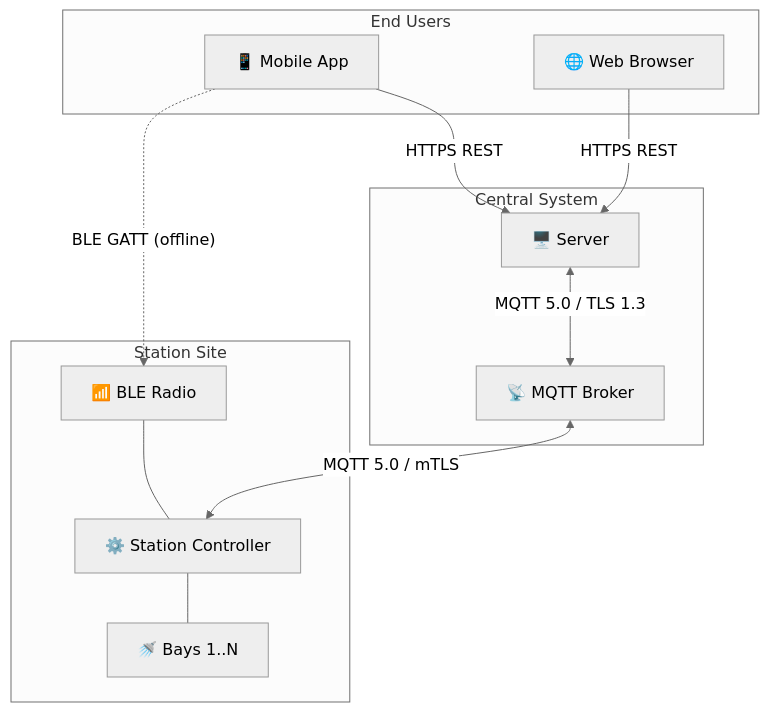
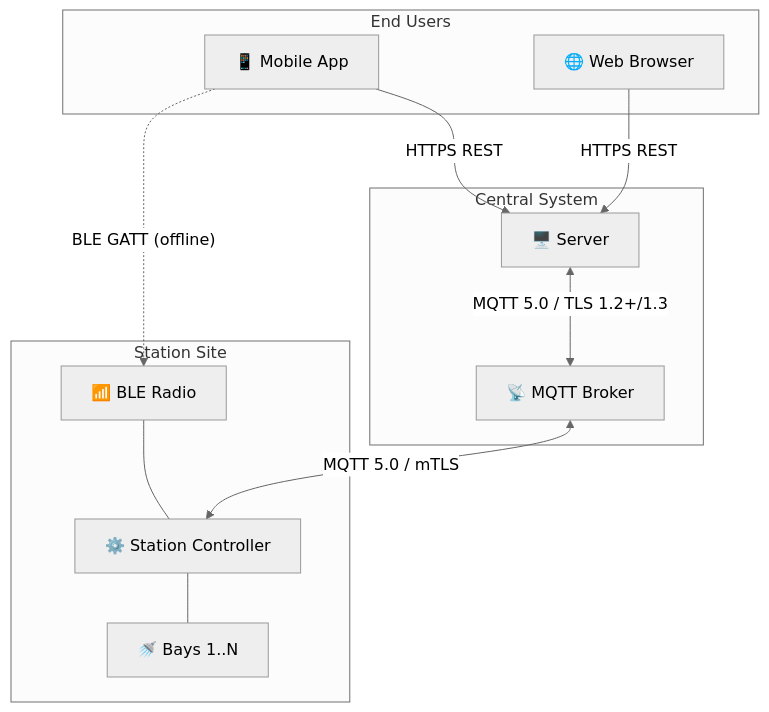
Before and after one commit to ospp-org/spec: the diagram in spec/00-introduction.md, drawn with Mermaid (neutral theme). The commit also changed other lines of this file and 18 other files, not shown here.

````diff
--- a/spec/00-introduction.md
+++ b/spec/00-introduction.md
@@ -27,26 +27,26 @@
 ```mermaid
 graph TB
     subgraph "End Users"
         APP["📱 Mobile App"]
         WEB["🌐 Web Browser"]
     end
 
     subgraph "Central System"
         SERVER["🖥️ Server"]
         BROKER["📡 MQTT Broker"]
     end
 
     subgraph "Station Site"
         CTRL["⚙️ Station Controller"]
         BLE["📶 BLE Radio"]
         BAY["🚿 Bays 1..N"]
     end
 
     APP -->|"HTTPS REST"| SERVER
     WEB -->|"HTTPS REST"| SERVER
-    SERVER <-->|"MQTT 5.0 / TLS 1.3"| BROKER
+    SERVER <-->|"MQTT 5.0 / TLS 1.2+/1.3"| BROKER
     BROKER <-->|"MQTT 5.0 / mTLS"| CTRL
     APP -. "BLE GATT (offline)" .-> BLE
     BLE --- CTRL
     CTRL --- BAY
 ```
````
